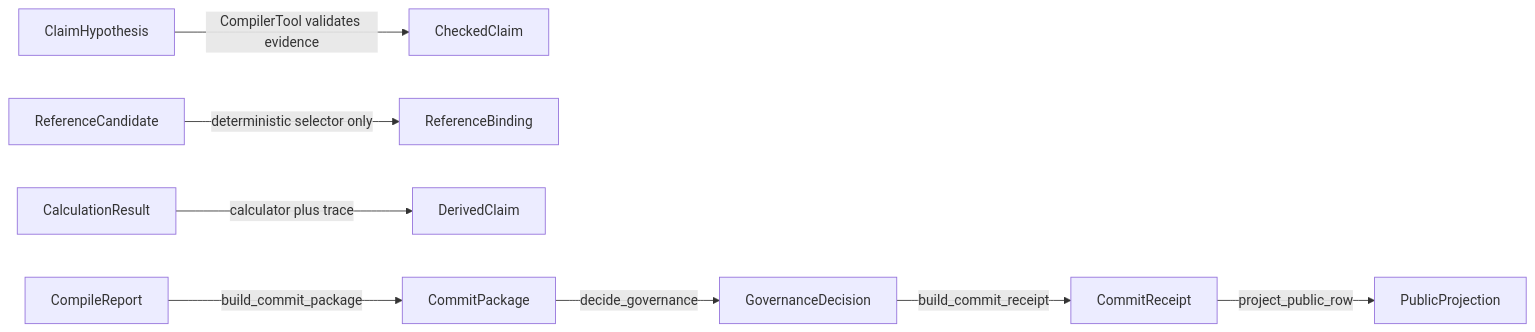
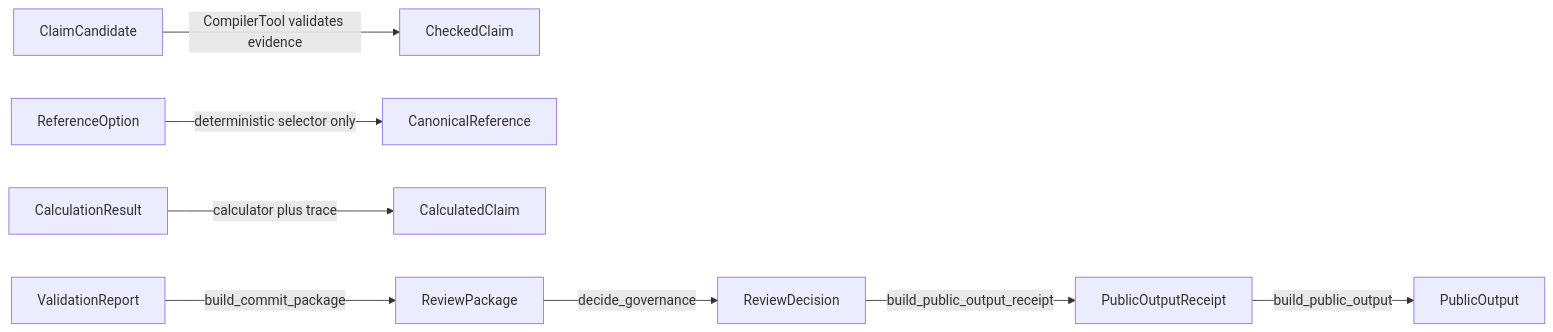
The second of 2 diagrams in docs/architecture/trust-kernel-extension-rings.md (minntcho/comp), drawn with Mermaid before and after one commit. The commit also changed other lines of this file and 139 other files, not shown here.

````diff
--- a/docs/architecture/trust-kernel-extension-rings.md
+++ b/docs/architecture/trust-kernel-extension-rings.md
@@ -195,10 +195,10 @@
 ```mermaid
 flowchart LR
-  A["ClaimHypothesis"] -->|CompilerTool validates evidence| B["CheckedClaim"]
-  C["ReferenceCandidate"] -->|deterministic selector only| D["ReferenceBinding"]
-  E["CalculationResult"] -->|calculator plus trace| F["DerivedClaim"]
-  G["CompileReport"] -->|build_commit_package| H["CommitPackage"]
-  H -->|decide_governance| I["GovernanceDecision"]
-  I -->|build_commit_receipt| J["CommitReceipt"]
-  J -->|project_public_row| K["PublicProjection"]
+  A["ClaimCandidate"] -->|CompilerTool validates evidence| B["CheckedClaim"]
+  C["ReferenceOption"] -->|deterministic selector only| D["CanonicalReference"]
+  E["CalculationResult"] -->|calculator plus trace| F["CalculatedClaim"]
+  G["ValidationReport"] -->|build_commit_package| H["ReviewPackage"]
+  H -->|decide_governance| I["ReviewDecision"]
+  I -->|build_public_output_receipt| J["PublicOutputReceipt"]
+  J -->|build_public_output| K["PublicOutput"]
 ```
````
